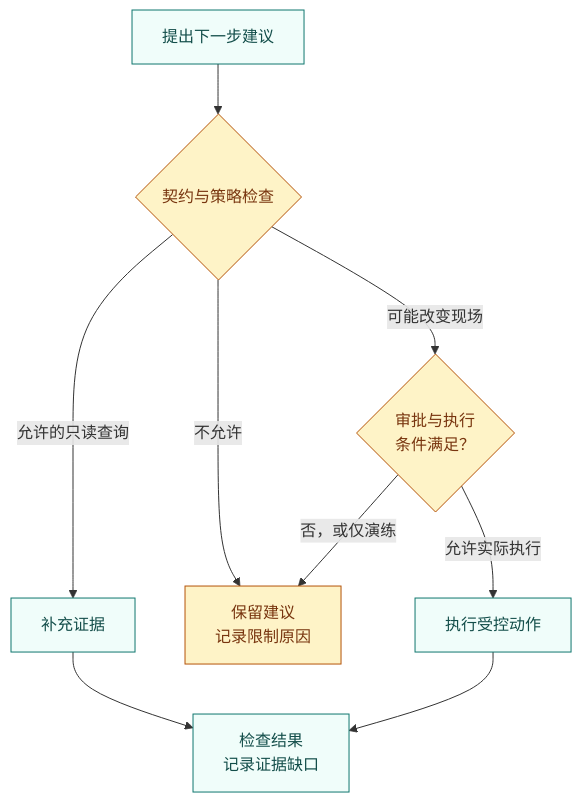
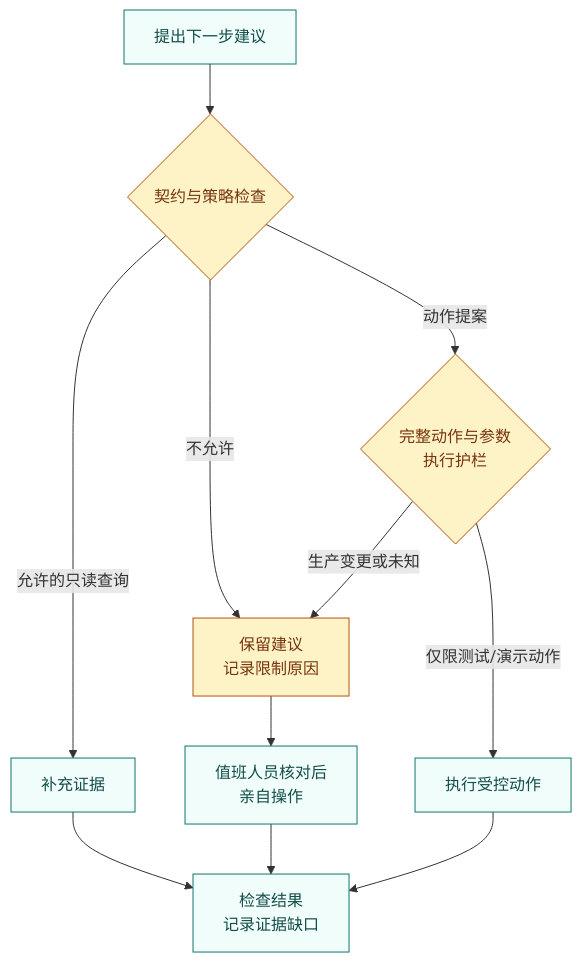
The third of 6 diagrams in README.zh-CN.md (jfang2048/ai_sre_agent_pub), drawn with Mermaid before and after one commit. The commit also changed other lines of this file and 11 other files, not shown here.

````diff
--- a/README.zh-CN.md
+++ b/README.zh-CN.md
@@ -172,15 +172,17 @@
 ```mermaid
 flowchart TB
     P["提出下一步建议"] --> C{"契约与策略检查"}
     C -->|允许的只读查询| Q["补充证据"]
-    C -->|可能改变现场| G{"审批与执行<br/>条件满足？"}
+    C -->|动作提案| G{"完整动作与参数<br/>执行护栏"}
     C -->|不允许| H["保留建议<br/>记录限制原因"]
-    G -->|否，或仅演练| H
-    G -->|允许实际执行| X["执行受控动作"]
+    G -->|生产变更或未知| H
+    H --> O["值班人员核对后<br/>亲自操作"]
+    G -->|仅限测试/演示动作| X["执行受控动作"]
     Q --> V["检查结果<br/>记录证据缺口"]
+    O --> V
     X --> V
     classDef check fill:#fef3c7,stroke:#b45309,color:#78350f
     classDef work fill:#f0fdfa,stroke:#0f766e,color:#134e4a
     class C,G,H check
-    class P,Q,X,V work
+    class P,Q,O,X,V work
 ```
````
